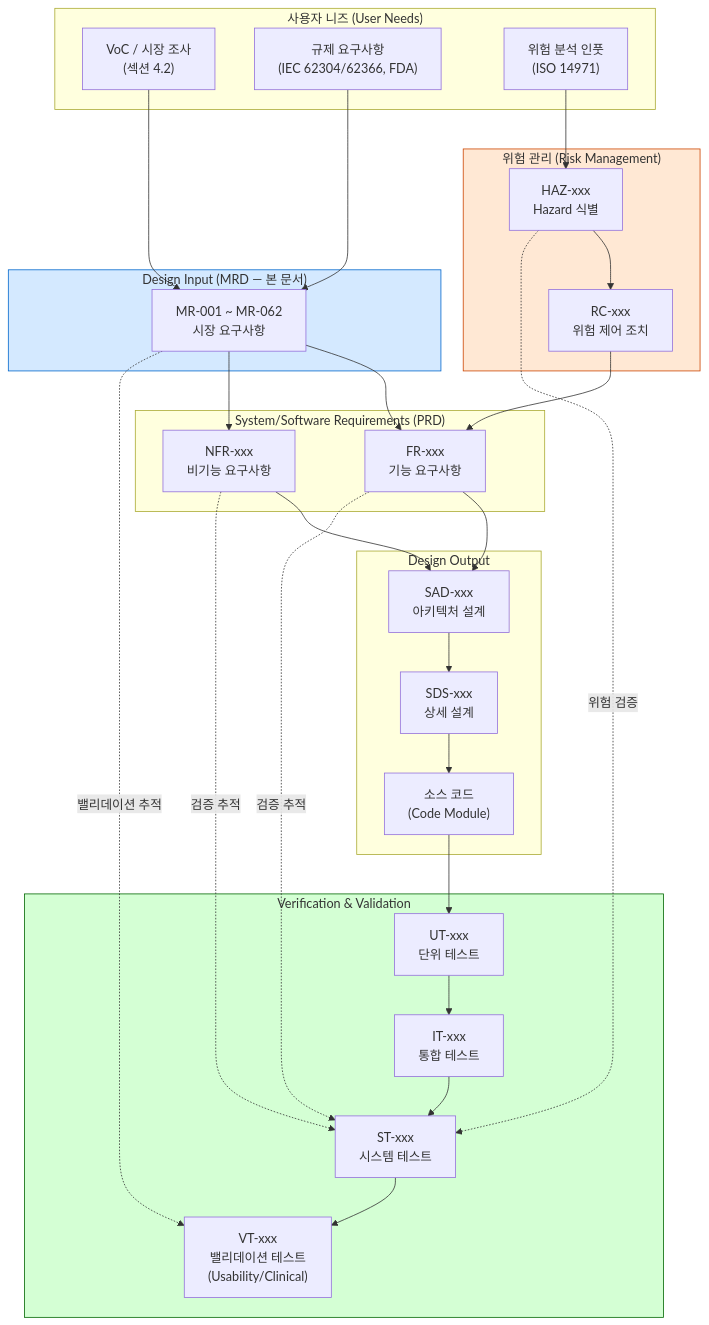
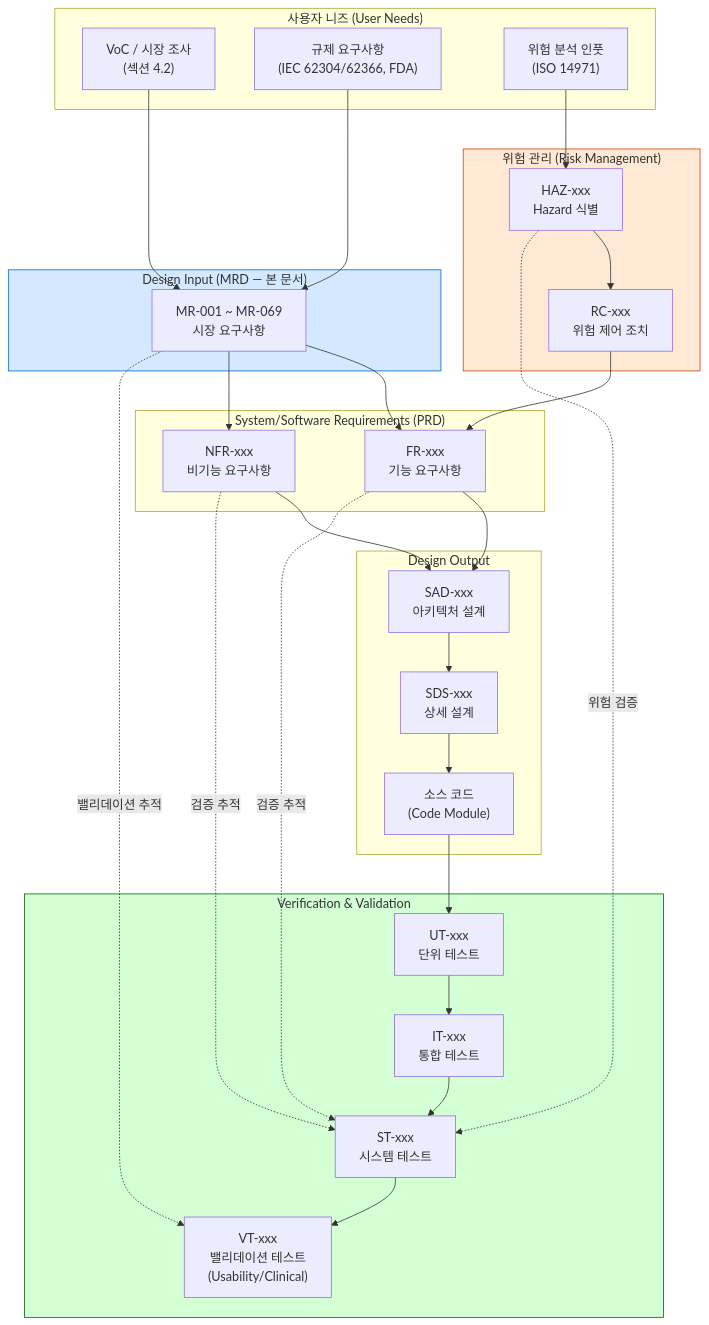
Before and after one commit to holee9/console-gui: the fourth of 9 diagrams in docs/planning/DOC-001_MRD_v1.0.md, drawn with Mermaid. The commit also changed other lines of this file and 2 other files, not shown here.

````diff
--- a/docs/planning/DOC-001_MRD_v1.0.md
+++ b/docs/planning/DOC-001_MRD_v1.0.md
@@ -440,59 +506,59 @@
 ```mermaid
 flowchart TD
     subgraph UN["사용자 니즈 (User Needs)"]
         VoC["VoC / 시장 조사\n(섹션 4.2)"]
         Reg["규제 요구사항\n(IEC 62304/62366, FDA)"]
         Risk0["위험 분석 인풋\n(ISO 14971)"]
     end
 
     subgraph DI["Design Input (MRD — 본 문서)"]
-        MR["MR-001 ~ MR-062\n시장 요구사항"]
+        MR["MR-001 ~ MR-069\n시장 요구사항"]
     end
 
     subgraph SyRS_PRD["System/Software Requirements (PRD)"]
         FR["FR-xxx\n기능 요구사항"]
         NFR["NFR-xxx\n비기능 요구사항"]
     end
 
     subgraph DO["Design Output"]
         SAD["SAD-xxx\n아키텍처 설계"]
         SDS["SDS-xxx\n상세 설계"]
         Code["소스 코드\n(Code Module)"]
     end
 
     subgraph VV["Verification & Validation"]
         UT["UT-xxx\n단위 테스트"]
         IT["IT-xxx\n통합 테스트"]
         ST["ST-xxx\n시스템 테스트"]
         VT["VT-xxx\n밸리데이션 테스트\n(Usability/Clinical)"]
     end
 
     subgraph RM["위험 관리 (Risk Management)"]
         HAZ["HAZ-xxx\nHazard 식별"]
         RC["RC-xxx\n위험 제어 조치"]
     end
 
     VoC --> MR
     Reg --> MR
     Risk0 --> HAZ
     MR --> FR
     MR --> NFR
     HAZ --> RC
     RC --> FR
     FR --> SAD
     NFR --> SAD
     SAD --> SDS
     SDS --> Code
     Code --> UT
     UT --> IT
     IT --> ST
     ST --> VT
     FR -.->|검증 추적| ST
     NFR -.->|검증 추적| ST
     MR -.->|밸리데이션 추적| VT
     HAZ -.->|위험 검증| ST
 
     style DI fill:#D4E9FF,stroke:#0066CC
     style VV fill:#D4FFD4,stroke:#006600
     style RM fill:#FFE8D4,stroke:#CC4400
 ```
````
